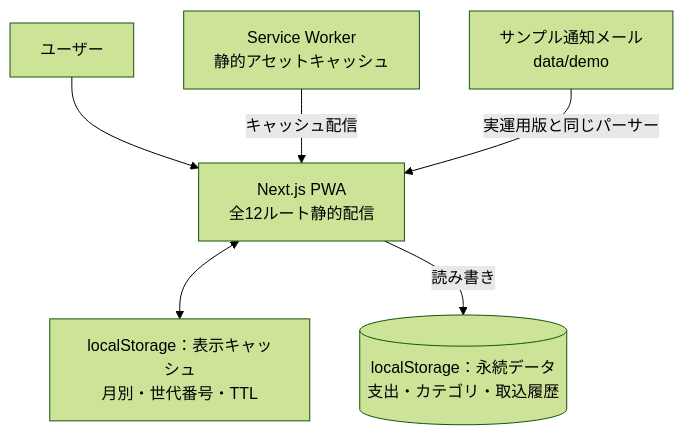
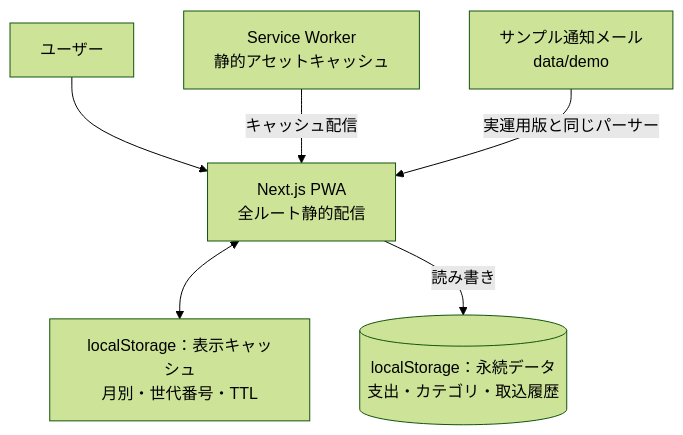
The first of 2 diagrams in README.md (taiha1111gi-debug/kakeibo-demo), drawn with Mermaid (forest theme) before and after one commit. The commit also changed other lines of this file, not shown here.

````diff
--- a/README.md
+++ b/README.md
@@ -75,8 +75,8 @@
 ```mermaid
 flowchart TD
-    U[ユーザー] --> P[Next.js PWA<br/>全12ルート静的配信]
+    U[ユーザー] --> P[Next.js PWA<br/>全ルート静的配信]
     W[Service Worker<br/>静的アセットキャッシュ] -->|キャッシュ配信| P
     M[サンプル通知メール<br/>data/demo] -->|実運用版と同じパーサー| P
     P <--> C[localStorage：表示キャッシュ<br/>月別・世代番号・TTL]
     P -->|読み書き| D[(localStorage：永続データ<br/>支出・カテゴリ・取込履歴)]
 ```
````
